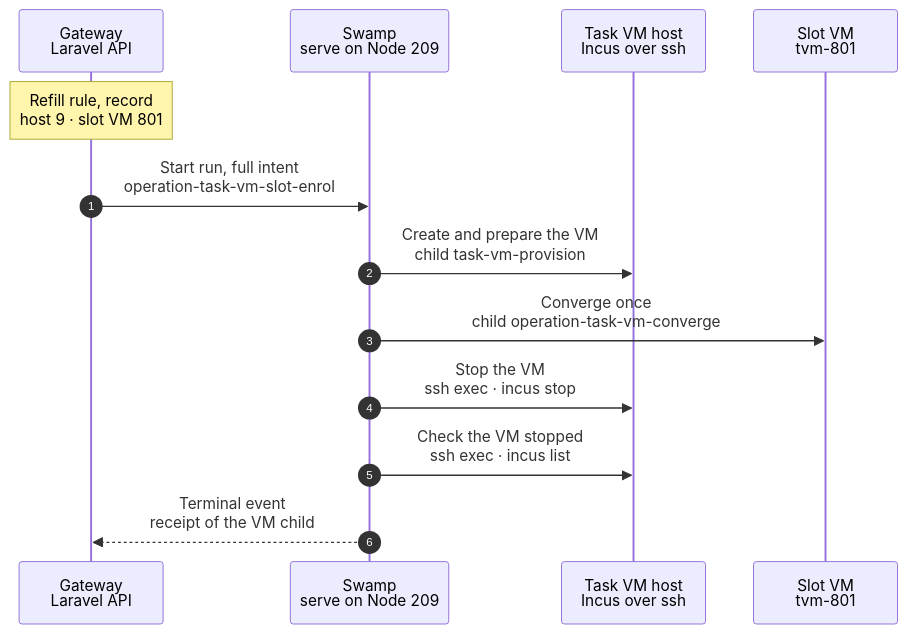
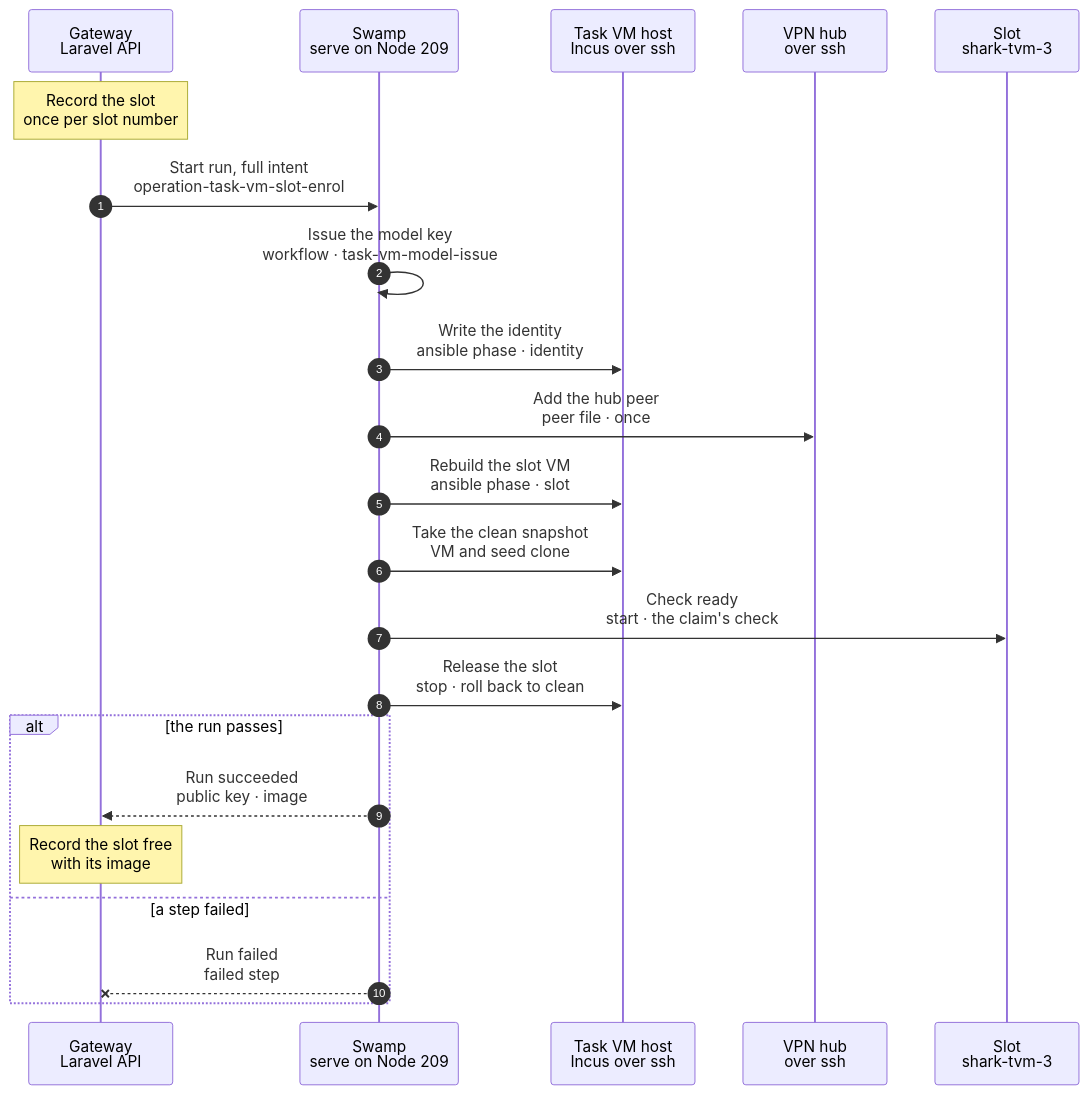
One commit to hardimpactdev/orbit changed the diagram in docs/cli/tasks/vm-slot-enrol.mmd. Above: the diagram before and after it, drawn with Mermaid. The commit also changed 11 other files, not shown here.

First line of the commit message:
docs(tasks): fixed slots, a 4-step claim and a one-VM image refresh (charts) (#3126)

```diff
--- a/docs/cli/tasks/vm-slot-enrol.mmd
+++ b/docs/cli/tasks/vm-slot-enrol.mmd
@@ -1,42 +1,71 @@
 sequenceDiagram
-  %% Target design: swamp/workflows/workflow-operation-task-vm-slot-enrol.yaml. One ready slot of chart `task_vm.slots` (vm-slots.mmd): the VM child of tasks:provision, the converge, a stop. Decided by the orchestrator, for Nick's review (2026-11-06).
+  %% Target design (Nick 2026-11-07): task VMs are fixed, reused slots named <node>-tvm-<slot>. Each slot is a permanent Orbit Node whose identity is written once, here. A claim (docs/cli/tasks/provision.mmd) only starts it; a release (docs/cli/tasks/vm-slot-release.mmd) rolls it back to `clean`. Decided by the orchestrator from that end state: the identity lives on a small volume per slot on the host, so a slot keeps it when it is rebuilt from a new image.
   %% status: draft
-  %% command: none · the slot refill rule starts it
+  %% command: none · enrol or re-enrol one slot
   %% kind: task_vm.slot_enrol
   autonumber
   %% lane GW icon=gateway pill=intent tone=blue
   %% lane SW icon=workflow pill=executes tone=green
   %% lane H icon=server pill=target tone=amber
-  %% lane VM icon=server pill=target tone=purple
+  %% lane HUB icon=server pill=target tone=purple
+  %% lane VM icon=server pill=slot tone=purple
   participant GW as Gateway<br/>Laravel API
   participant SW as Swamp<br/>serve on Node 209
   participant H as Task VM host<br/>Incus over ssh
-  participant VM as Slot VM<br/>tvm-801
-  Note over GW: Refill rule, record<br/>host 9 · slot VM 801
+  participant HUB as VPN hub<br/>over ssh
+  participant VM as Slot<br/>shark-tvm-3
+  Note over GW: Record the slot<br/>once per slot number
   %%> Started by:
-  %%> - the refill rule of the host, after an enrol, a claim, a destroy, an image promotion or a change of `task_vms.slots`
-  %%> - the operator command `task-vms:fill-slots HOST` on the Gateway
+  %%> - the `slots` count of a task VM host (`node:update`): one enrol per missing slot, one at a time
+  %%> - the image refresh: it re-enrols the first idle slot from the candidate, then each other idle slot after the promotion, one at a time
+  %%> - a release, when the slot's image is no longer the host's promoted image
   %%> Requirements:
-  %%> - the host has `task_vms.slots`, a promoted image and capacity for a VM of the slot size
-  %%> - no slot of the host enrols or is destroyed, and no enrol of the host failed in the last 15 minutes
-  %%> Result:
-  %%> - a task VM row with no group, `slot_project_id` and the host's last promoted image; its guest Node and Pi Process
-  %%> - the converge intent with the nested subnet and bridge
+  %%> - an active task VM host, and no group holds the slot
+  %%> Result on the first enrol only:
+  %%> - the Node `shark-tvm-3` with its `app-dev` role, WireGuard address, agent secret, the `pi-server` Process with its Pi token, and the workspace Instance at the fixed checkout path
+  %%> - the agent secret and the Pi token go to the vault; the run inputs hold only their key names
+  %%> A re-enrol writes no record: the slot keeps all of them
   GW->>SW: Start run, full intent<br/>operation-task-vm-slot-enrol
-  %%> Inputs:
-  %%> - the provision intent, the converge intent and `execution_secrets` as vault key names
-  SW->>H: Create and prepare the VM<br/>child task-vm-provision
+  SW->>SW: Issue the model key<br/>workflow · task-vm-model-issue
   %%> What it does:
-  %%> - today's VM child of tasks:provision: clone the image, attach a clone of the host's topology seed, boot, enrol, model key, Pi
-  SW->>VM: Converge once<br/>child operation-task-vm-converge
+  %%> - makes the slot's model key and registers it with the model router; the key stays in the run and goes only into the identity volume
+  %%> Guard:
+  %%> - skipped when the slot has its model key; a key is revoked only when the slot is retired
+  SW->>H: Write the identity<br/>ansible phase · identity
   %%> What it does:
-  %%> - the task VM role phases: nested Incus with the seed pool, the nested network
-  SW->>H: Stop the VM<br/>ssh exec · incus stop
-  %%> How:
-  %%> - `sudo timeout 130 incus stop --project orbit-tasks --timeout 120 -- tvm-801`; a VM that is already stopped counts as stopped
-  SW->>H: Check the VM stopped<br/>ssh exec · incus list
-  SW-->>GW: Terminal event<br/>receipt of the VM child
-  %%> Result:
-  %%> - success: the Gateway records the enrolment as for any task VM, then the row is `parked` with no group: a ready slot
-  %%> - failure: the row is `failed`; the refill rule destroys it with today's destroy
-  %%> - either way, the Gateway runs the refill rule of the host again
+  %%> - creates the volume `shark-tvm-3-identity` once
+  %%> - makes the WireGuard key pair and the SSH host keys in the volume, and writes the agent secret, the Pi token, the model key, the hostname and the WireGuard address
+  %%> - prints only the WireGuard public key and the host key fingerprint
+  %%> Fixed:
+  %%> - a key or secret that exists is never made again, so every rebuild keeps the slot's identity; a private key never leaves the host
+  SW->>HUB: Add the hub peer<br/>peer file · once
+  %%> What it does:
+  %%> - writes the slot's peer file from the public key above and reloads the hub
+  %%> Guard:
+  %%> - skipped when the peer file already matches; a claim or a release never touches the hub
+  SW->>H: Rebuild the slot VM<br/>ansible phase · slot
+  %%> What it does:
+  %%> - deletes the slot's VM, its snapshots and its seed clone when they exist
+  %%> - clones the seed of the host's promoted image (the candidate, for the refresh), and creates `shark-tvm-3`, stopped, from that image with the seed clone, the identity volume, its fixed address and MAC
+  SW->>H: Take the clean snapshot<br/>VM and seed clone
+  %%> What it does:
+  %%> - snapshots the stopped VM and its seed clone as `clean`; a release rolls back to it, so every claim boots the same disk
+  SW->>VM: Check ready<br/>start · the claim's check
+  %%> What it does:
+  %%> - starts the slot; the image's identity unit installs the identity before sshd, WireGuard, the agent and Pi start
+  %%> - then the same check as a claim: the agent, Pi, the tunnel and the three containers; Swamp's `assert` decides
+  SW->>H: Release the slot<br/>stop · roll back to clean
+  %%> What it does:
+  %%> - the steps of a release (docs/cli/tasks/vm-slot-release.mmd): the slot ends stopped at `clean`, and a stopped slot holds disk, not memory
+  alt the run passes
+    SW-->>GW: Run succeeded<br/>public key · image
+    Note over GW: Record the slot free<br/>with its image
+    %%> Result:
+    %%> - records the WireGuard public key and host key on the first enrol, and the image fingerprint on every enrol
+    %%> - the slot is `free`
+  else a step failed
+    SW--xGW: Run failed<br/>failed step
+    %%> On failure:
+    %%> - the slot is `failed` and no claim takes it; the identity volume and the hub peer stay
+    %%> - running the enrol again is safe: it keeps the keys and rebuilds the VM
+  end
```
